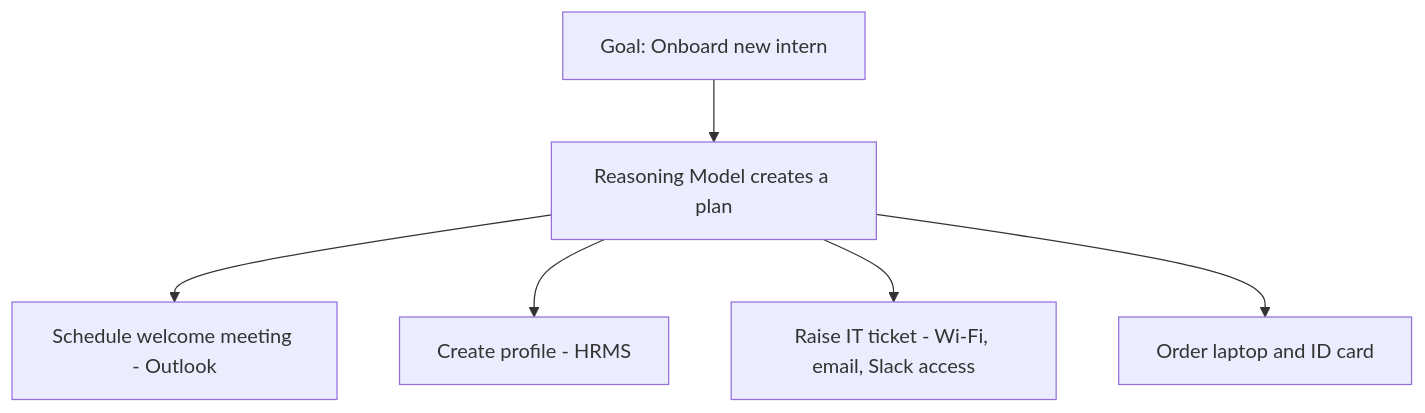
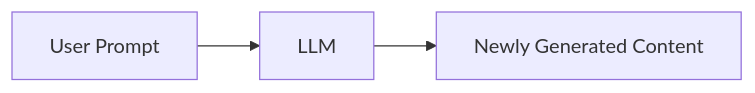
One commit to shaktikadam1630/AI-For-Backend-Developers changed diagram 14 of 15 in AI Fundamentals.md. Above: the diagram before and after it, drawn with Mermaid. The commit also changed other lines of this file, not shown here.

````diff
--- a/AI Fundamentals.md
+++ b/AI Fundamentals.md
@@ -433,8 +430,5 @@
 ```mermaid
-flowchart TD
-    A[Goal: Onboard new intern] --> B[Reasoning Model creates a plan]
-    B --> C[Schedule welcome meeting - Outlook]
-    B --> D[Create profile - HRMS]
-    B --> E[Raise IT ticket - Wi-Fi, email, Slack access]
-    B --> F[Order laptop and ID card]
+flowchart LR
+    A[User Prompt] --> B[LLM]
+    B --> C[Newly Generated Content]
 ```
````
